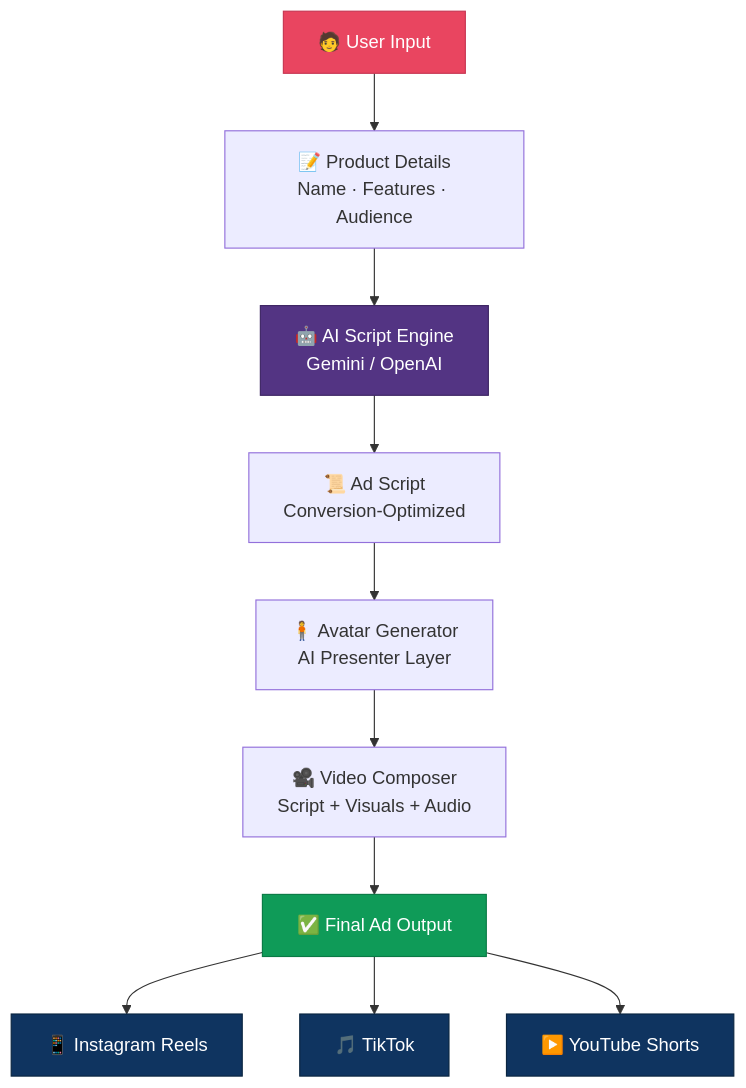
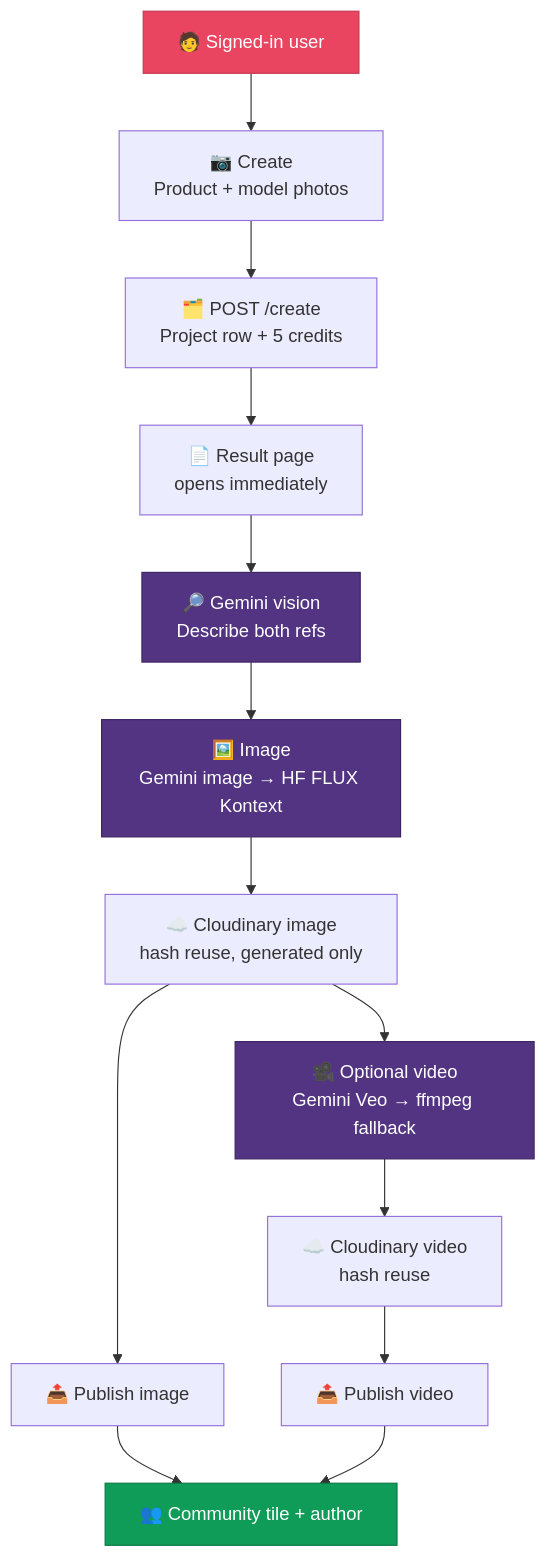
Before and after one commit to ShubhamNegi-07/UGC-Ad-Fusion-AI-powered-Advertisement-Video-Generator: the diagram in README.md, drawn with Mermaid. The commit also changed other lines of this file and 53 other files, not shown here.

First line of the commit message:
feat: ship Gemini/HF generation, independent publish, and UGC.AI studio polish

````diff
--- a/README.md
+++ b/README.md
@@ -167,17 +171,19 @@
 ```mermaid
 graph TD
-    A["🧑 User Input"]:::input --> B["📝 Product Details\nName · Features · Audience"]
-    B --> C["🤖 AI Script Engine\nGemini / OpenAI"]:::ai
-    C --> D["📜 Ad Script\nConversion-Optimized"]
-    D --> E["🧍 Avatar Generator\nAI Presenter Layer"]
-    E --> F["🎥 Video Composer\nScript + Visuals + Audio"]
-    F --> G["✅ Final Ad Output"]:::output
-    G --> H["📱 Instagram Reels"]:::platform
-    G --> I["🎵 TikTok"]:::platform
-    G --> J["▶️ YouTube Shorts"]:::platform
+    A["🧑 Signed-in user"]:::input --> B["📷 Create\nProduct + model photos"]
+    B --> C["🗂️ POST /create\nProject row + 5 credits"]
+    C --> D["📄 Result page\nopens immediately"]
+    D --> E["🔎 Gemini vision\nDescribe both refs"]:::ai
+    E --> F["🖼️ Image\nGemini image → HF FLUX Kontext"]:::ai
+    F --> G["☁️ Cloudinary image\nhash reuse, generated only"]
+    G --> H["🎥 Optional video\nGemini Veo → ffmpeg fallback"]:::ai
+    H --> I["☁️ Cloudinary video\nhash reuse"]
+    G --> J["📤 Publish image"]
+    I --> K["📤 Publish video"]
+    J --> L["👥 Community tile + author"]:::output
+    K --> L
 
     classDef input fill:#e94560,stroke:#c73652,color:#fff
     classDef ai fill:#533483,stroke:#3d2563,color:#fff
     classDef output fill:#0f9b58,stroke:#0a7a45,color:#fff
-    classDef platform fill:#0f3460,stroke:#0a2540,color:#fff
 ```
````
